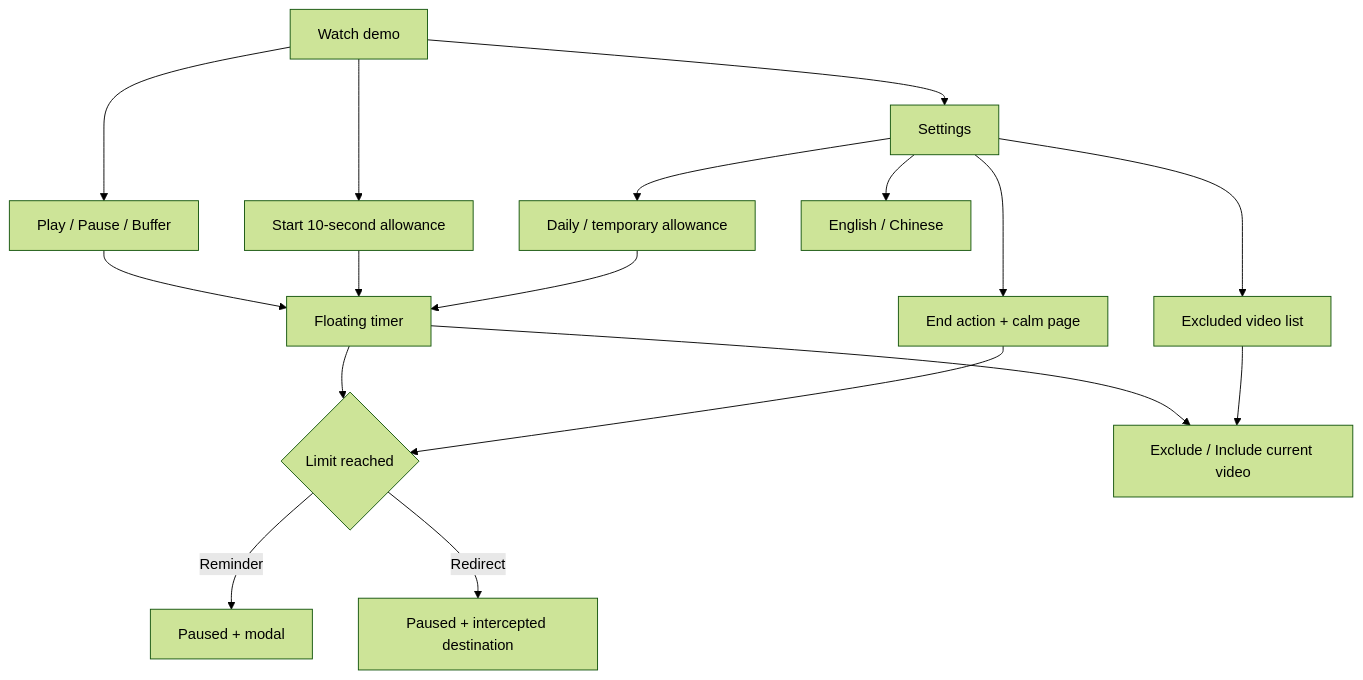
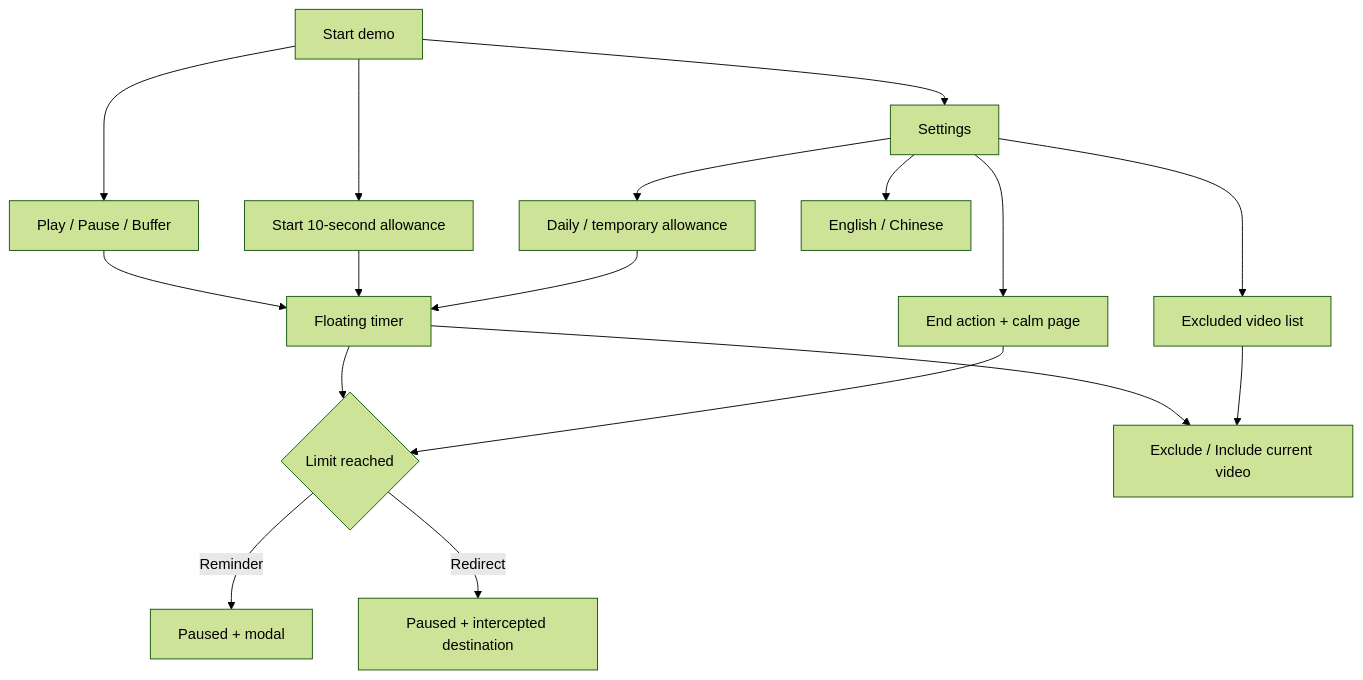
Before and after one commit to franncisca/youtube-time-limiter: the diagram in docs/prototype.md, drawn with Mermaid (forest theme). The commit also changed other lines of this file and 16 other files, not shown here.

````diff
--- a/docs/prototype.md
+++ b/docs/prototype.md
@@ -17,19 +17,19 @@
 ```mermaid
 flowchart TD
-    A[Watch demo] --> B[Play / Pause / Buffer]
+    A[Start demo] --> B[Play / Pause / Buffer]
     A --> C[Start 10-second allowance]
     B --> D[Floating timer]
     C --> D
     D --> E{Limit reached}
     E -->|Reminder| F[Paused + modal]
     E -->|Redirect| G[Paused + intercepted destination]
     D --> H[Exclude / Include current video]
     A --> I[Settings]
     I --> J[Daily / temporary allowance]
     I --> K[End action + calm page]
     I --> L[Excluded video list]
     I --> M[English / Chinese]
     J --> D
     K --> E
     L --> H
 ```
````
